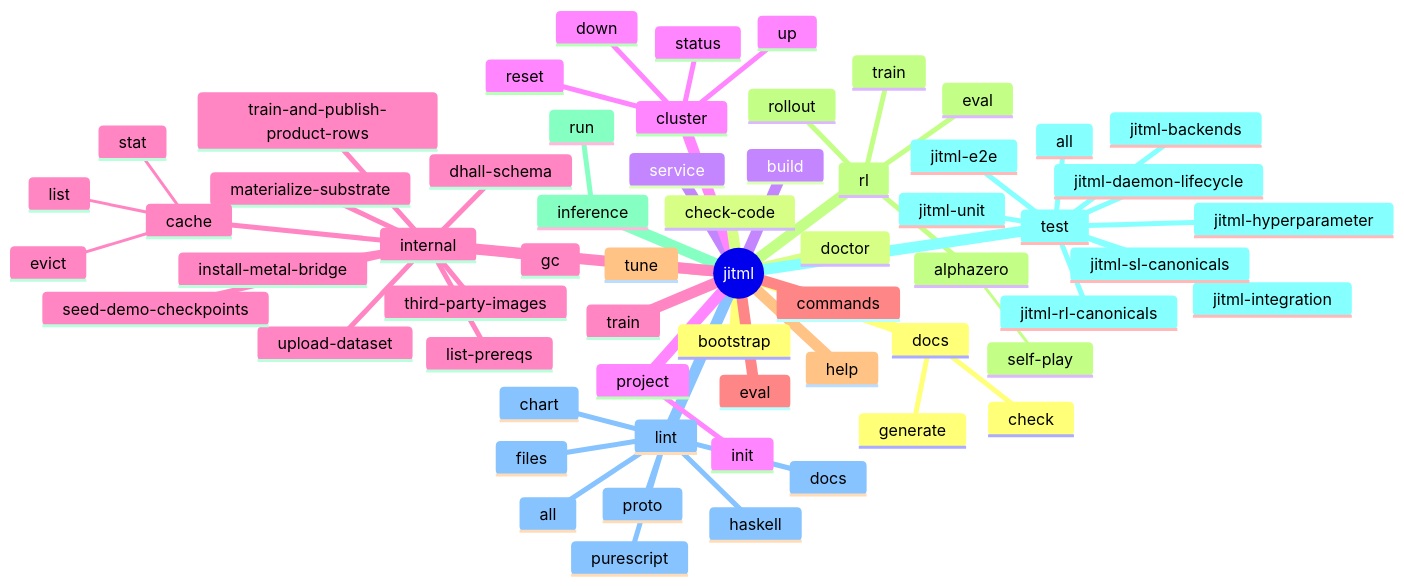
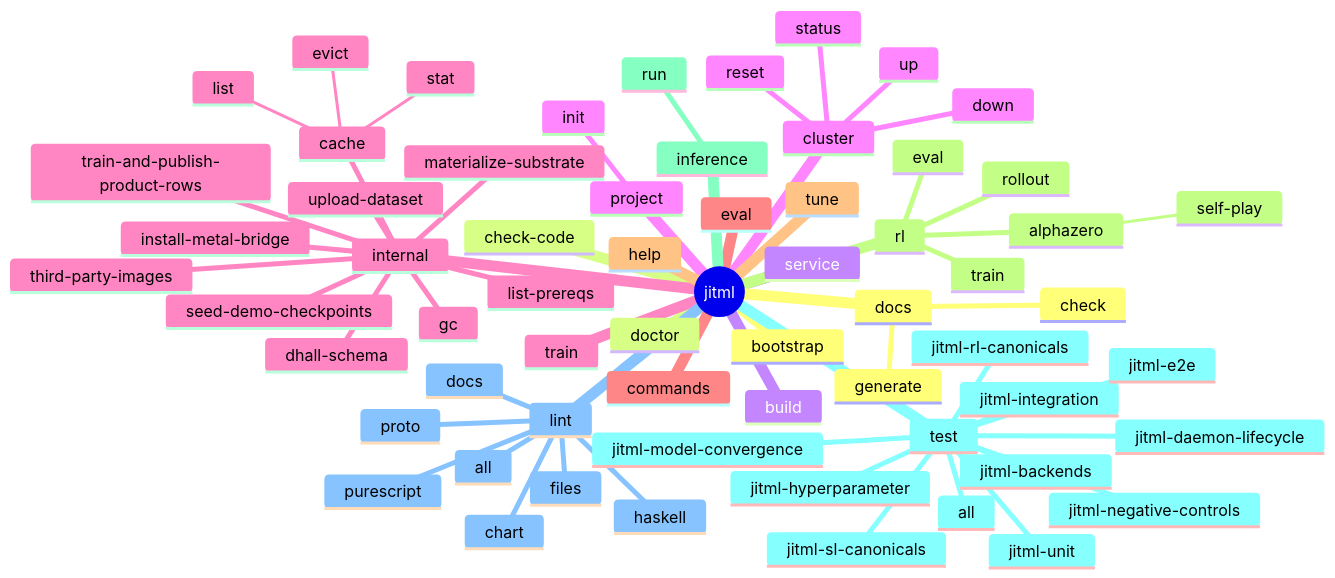
Before and after one commit to Tuee22/jitML: the first of 4 diagrams in README.md, drawn with Mermaid. The commit also changed other lines of this file and 49 other files, not shown here.

````diff
--- a/README.md
+++ b/README.md
@@ -945,64 +945,66 @@
 ```mermaid
 mindmap
   root((jitml))
     bootstrap
     doctor
     service
     cluster
       up
       down
       status
       reset
     train
     eval
     tune
     rl
       train
       eval
       rollout
       alphazero
         self-play
     inference
       run
     test
       all
       jitml-unit
       jitml-integration
       jitml-sl-canonicals
       jitml-rl-canonicals
       jitml-hyperparameter
       jitml-backends
       jitml-daemon-lifecycle
       jitml-e2e
+      jitml-negative-controls
+      jitml-model-convergence
     lint
       files
       docs
       proto
       chart
       haskell
       purescript
       all
     docs
       check
       generate
     check-code
     build
     project
       init
     internal
       materialize-substrate
       list-prereqs
       install-metal-bridge
       upload-dataset
       seed-demo-checkpoints
       train-and-publish-product-rows
       dhall-schema
       third-party-images
       gc
       cache
         stat
         list
         evict
     commands
     help
 ```
````
